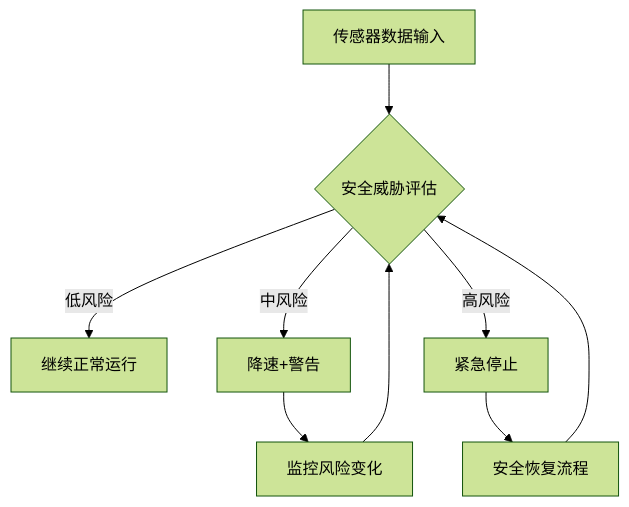
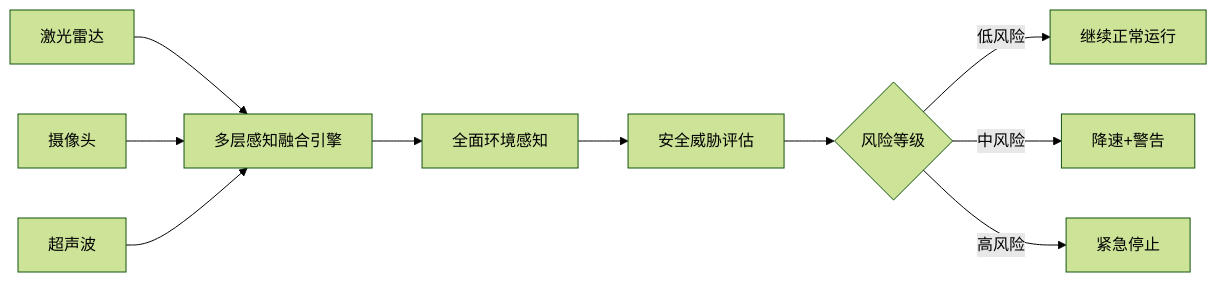
Before and after one commit to Succh/MiClaw-AI-Blog: the third of 7 diagrams in docs/全栈AI安全架构-英伟达Halos技术解析.md, drawn with Mermaid (forest theme). The commit also changed other lines of this file, not shown here.

Commit message:
添加7个Mermaid图表：安全挑战、三层架构、感知融合、安全决策流程、部署效果对比、技术趋势、学习路径

````diff
--- a/docs/全栈AI安全架构-英伟达Halos技术解析.md
+++ b/docs/全栈AI安全架构-英伟达Halos技术解析.md
@@ -86,11 +62,12 @@
 ```mermaid
-graph TD
-    A[传感器数据输入] --> B{安全威胁评估}
-    B -->|低风险| C[继续正常运行]
-    B -->|中风险| D[降速+警告]
-    B -->|高风险| E[紧急停止]
-    D --> F[监控风险变化]
-    E --> G[安全恢复流程]
-    F --> B
-    G --> B
+graph LR
+    A[激光雷达] --> D[多层感知融合引擎]
+    B[摄像头] --> D
+    C[超声波] --> D
+    D --> E[全面环境感知]
+    E --> F[安全威胁评估]
+    F --> G{风险等级}
+    G -->|低风险| H[继续正常运行]
+    G -->|中风险| I[降速+警告]
+    G -->|高风险| J[紧急停止]
 ```
````
